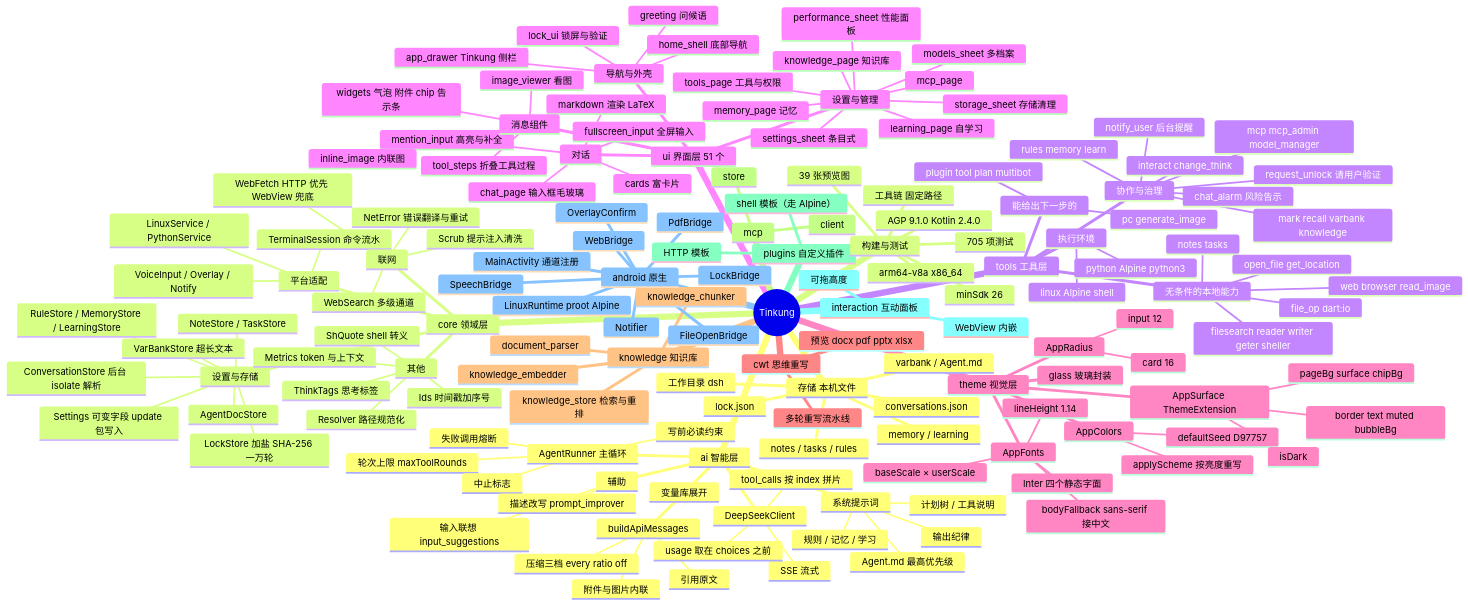
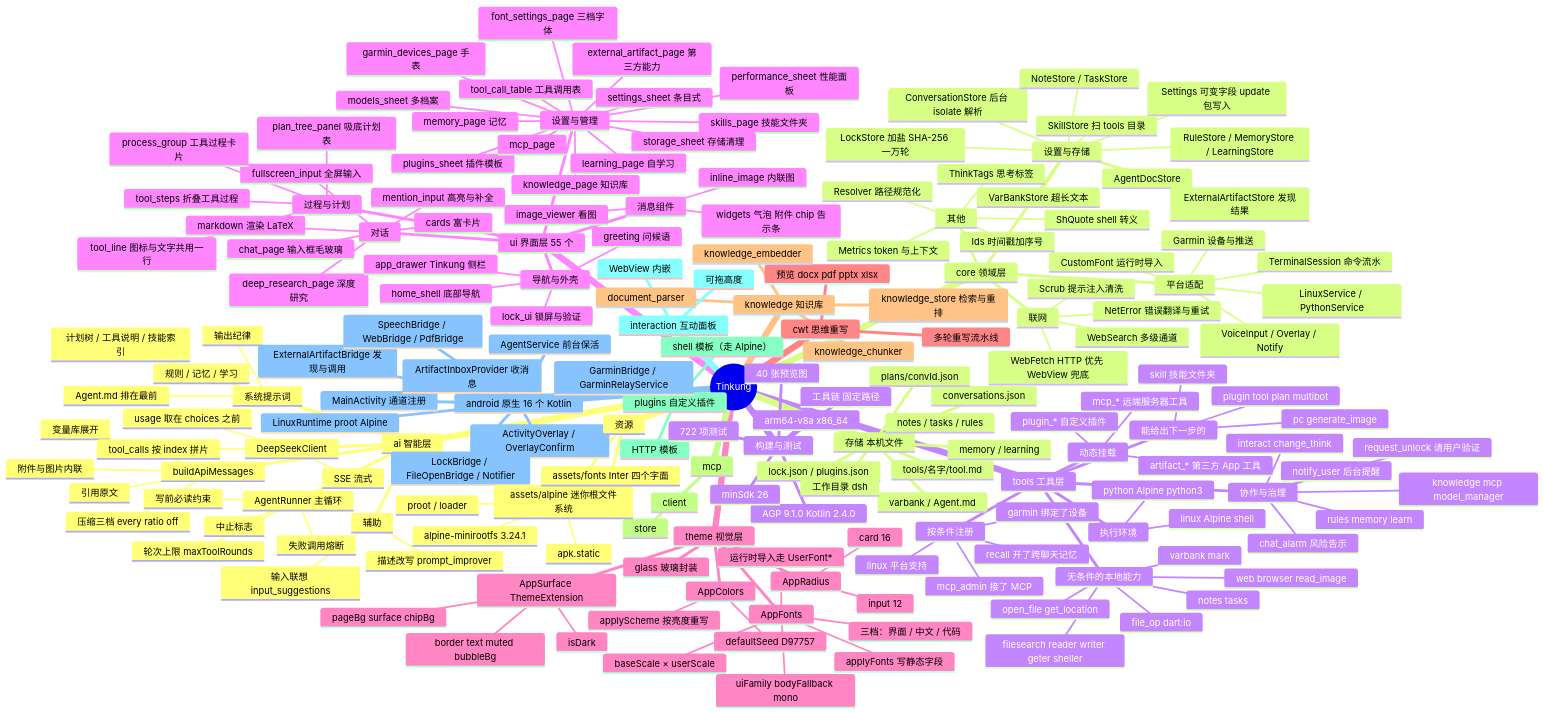
The third of 3 diagrams in docs/ARCHITECTURE.md (hwanloong/Tinkung), drawn with Mermaid before and after one commit. The commit also changed other lines of this file, not shown here.

First line of the commit message:
docs：重写架构图，对齐现在的原生桥与新增模块

````diff
--- a/docs/ARCHITECTURE.md
+++ b/docs/ARCHITECTURE.md
@@ -172,9 +199,9 @@
         写前必读约束
         中止标志
       系统提示词
-        Agent.md 最高优先级
+        Agent.md 排在最前
         规则 / 记忆 / 学习
-        计划树 / 工具说明
+        计划树 / 工具说明 / 技能索引
         输出纪律
       buildApiMessages
         压缩三档 every ratio off
@@ -197,9 +224,13 @@
         VarBankStore 超长文本
         AgentDocStore
         LockStore 加盐 SHA-256 一万轮
+        SkillStore 扫 tools 目录
+        ExternalArtifactStore 发现结果
       平台适配
         LinuxService / PythonService
         TerminalSession 命令流水
+        Garmin 设备与推送
+        CustomFont 运行时导入
         VoiceInput / Overlay / Notify
       联网
         WebSearch 多级通道
@@ -219,36 +250,56 @@
         open_file get_location
         filesearch reader writer geter sheller
         file_op dart:io
+        varbank mark
       执行环境
         linux Alpine shell
         python Alpine python3
       能给出下一步的
         pc generate_image
         plugin tool plan multibot
+        skill 技能文件夹
+      按条件注册
+        linux 平台支持
+        garmin 绑定了设备
+        mcp_admin 接了 MCP
+        recall 开了跨聊天记忆
       协作与治理
         request_unlock 请用户验证
         notify_user 后台提醒
         chat_alarm 风险告示
         rules memory learn
-        mark recall varbank knowledge
-        mcp mcp_admin model_manager
+        knowledge mcp model_manager
         interact change_think
-    ui 界面层 51 个
+      动态挂载
+        plugin_* 自定义插件
+        mcp_* 远端服务器工具
+        artifact_* 第三方 App 工具
+    ui 界面层 55 个
       对话
         chat_page 输入框毛玻璃
         fullscreen_input 全屏输入
         mention_input 高亮与补全
         markdown 渲染 LaTeX
         cards 富卡片
+        deep_research_page 深度研究
+      过程与计划
+        process_group 工具过程卡片
+        tool_line 图标与文字共用一行
+        tool_steps 折叠工具过程
+        plan_tree_panel 吸底计划表
       消息组件
         widgets 气泡 附件 chip 告示条
-        tool_steps 折叠工具过程
         inline_image 内联图
         image_viewer 看图
       设置与管理
         settings_sheet 条目式
         models_sheet 多档案
-        tools_page 工具与权限
+        font_settings_page 三档字体
+        tool_call_table 工具调用表
+        plugins_sheet 插件模板
+        skills_page 技能文件夹
+        external_artifact_page 第三方能力
+        garmin_devices_page 手表
         knowledge_page 知识库
         memory_page 记忆
         learning_page 自学习
@@ -262,9 +313,10 @@
         lock_ui 锁屏与验证
     theme 视觉层
       AppFonts
-        Inter 四个静态字面
-        bodyFallback sans-serif 接中文
-        lineHeight 1.14
+        三档：界面 / 中文 / 代码
+        uiFamily bodyFallback mono
+        applyFonts 写静态字段
+        运行时导入走 UserFont*
         baseScale × userScale
       AppColors
         defaultSeed D97757
@@ -294,28 +346,36 @@
     interaction 互动面板
       WebView 内嵌
       可拖高度
-    android 原生
+    android 原生 16 个 Kotlin
       MainActivity 通道注册
       LinuxRuntime proot Alpine
-      SpeechBridge
-      WebBridge
-      PdfBridge
-      LockBridge
-      FileOpenBridge
-      OverlayConfirm
-      Notifier
+      ExternalArtifactBridge 发现与调用
+      ArtifactInboxProvider 收消息
+      GarminBridge / GarminRelayService
+      AgentService 前台保活
+      ActivityOverlay / OverlayConfirm
+      SpeechBridge / WebBridge / PdfBridge
+      LockBridge / FileOpenBridge / Notifier
+    资源
+      assets/alpine 迷你根文件系统
+        alpine-minirootfs 3.24.1
+        proot / loader
+        apk.static
+      assets/fonts Inter 四个字面
     存储 本机文件
       conversations.json
       notes / tasks / rules
       memory / learning
       varbank / Agent.md
-      lock.json
+      lock.json / plugins.json
+      tools/名字/tool.md
+      plans/convId.json
       工作目录 dsh
     构建与测试
       工具链 固定路径
       AGP 9.1.0 Kotlin 2.4.0
       minSdk 26
       arm64-v8a x86_64
-      705 项测试
-      39 张预览图
+      722 项测试
+      40 张预览图
 ```
````
